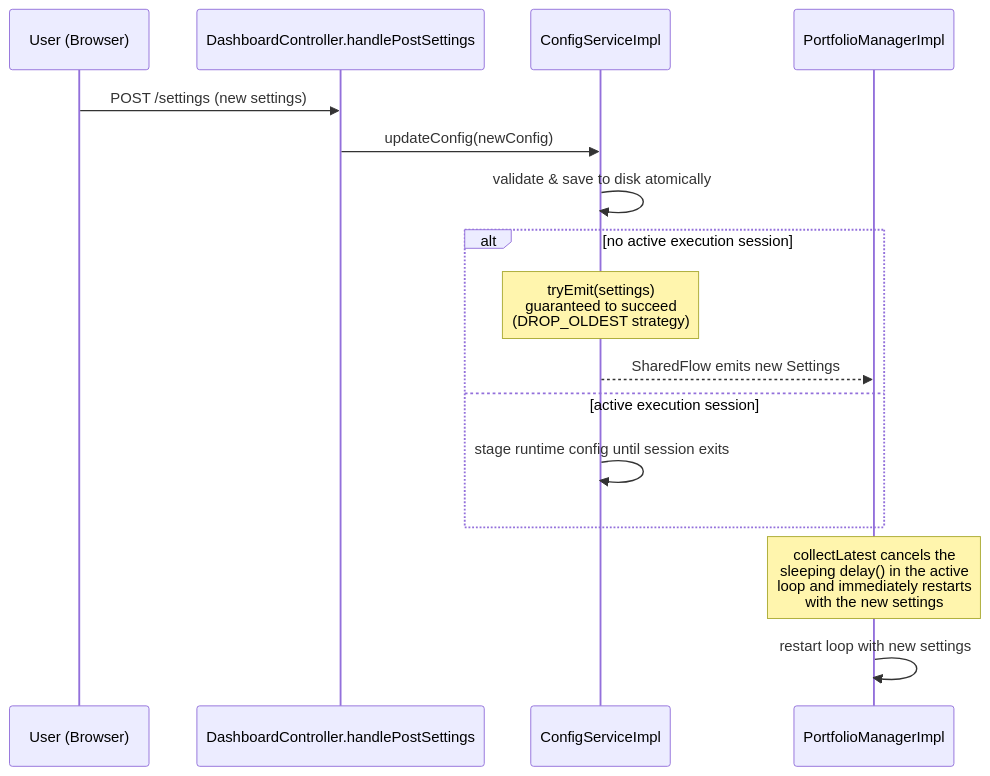
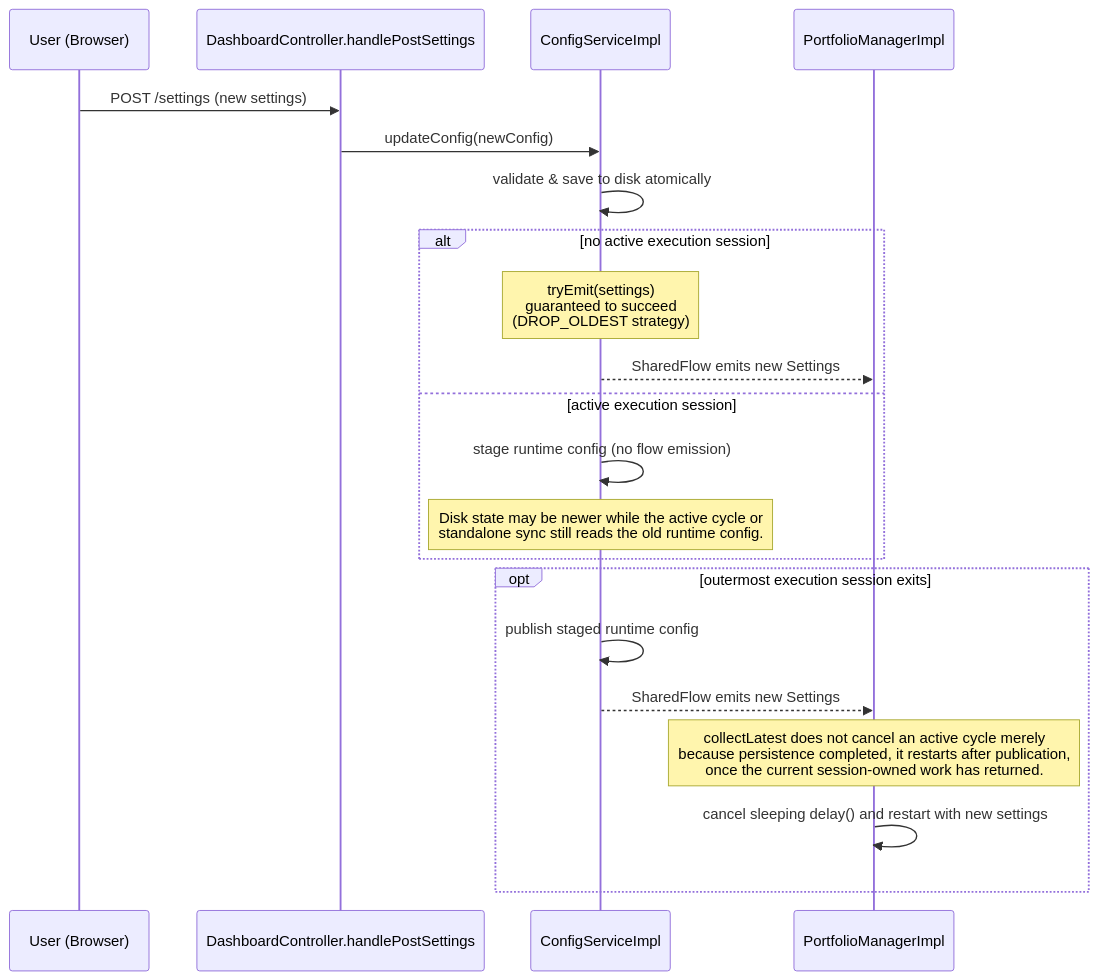
Before and after one commit to HyperVon/new-kraken-rebalancer: the second of 7 diagrams in docs/FLOWS.md, drawn with Mermaid. The commit also changed other lines of this file and 7 other files, not shown here.

Commit message:
docs: sync cycle pinning guidance

````diff
--- a/docs/FLOWS.md
+++ b/docs/FLOWS.md
@@ -113,20 +117,25 @@
 ```mermaid
 sequenceDiagram
     participant User as User (Browser)
     participant API as DashboardController.handlePostSettings
     participant CS as ConfigServiceImpl
     participant PM as PortfolioManagerImpl
 
     User->>API: POST /settings (new settings)
     API->>CS: updateConfig(newConfig)
     CS->>CS: validate & save to disk atomically
     alt no active execution session
         note over CS: tryEmit(settings)<br/>guaranteed to succeed<br/>(DROP_OLDEST strategy)
         CS-->>PM: SharedFlow emits new Settings
     else active execution session
-        CS->>CS: stage runtime config until session exits
+        CS->>CS: stage runtime config (no flow emission)
+        note over CS: Disk state may be newer while the active cycle or<br/>standalone sync still reads the old runtime config.
     end
 
-    note over PM: collectLatest cancels the<br/>sleeping delay() in the active<br/>loop and immediately restarts<br/>with the new settings
-    PM->>PM: restart loop with new settings
+    opt outermost execution session exits
+        CS->>CS: publish staged runtime config
+        CS-->>PM: SharedFlow emits new Settings
+        note over PM: collectLatest does not cancel an active cycle merely<br/>because persistence completed, it restarts after publication,<br/>once the current session-owned work has returned.
+        PM->>PM: cancel sleeping delay() and restart with new settings
+    end
 ```
````
